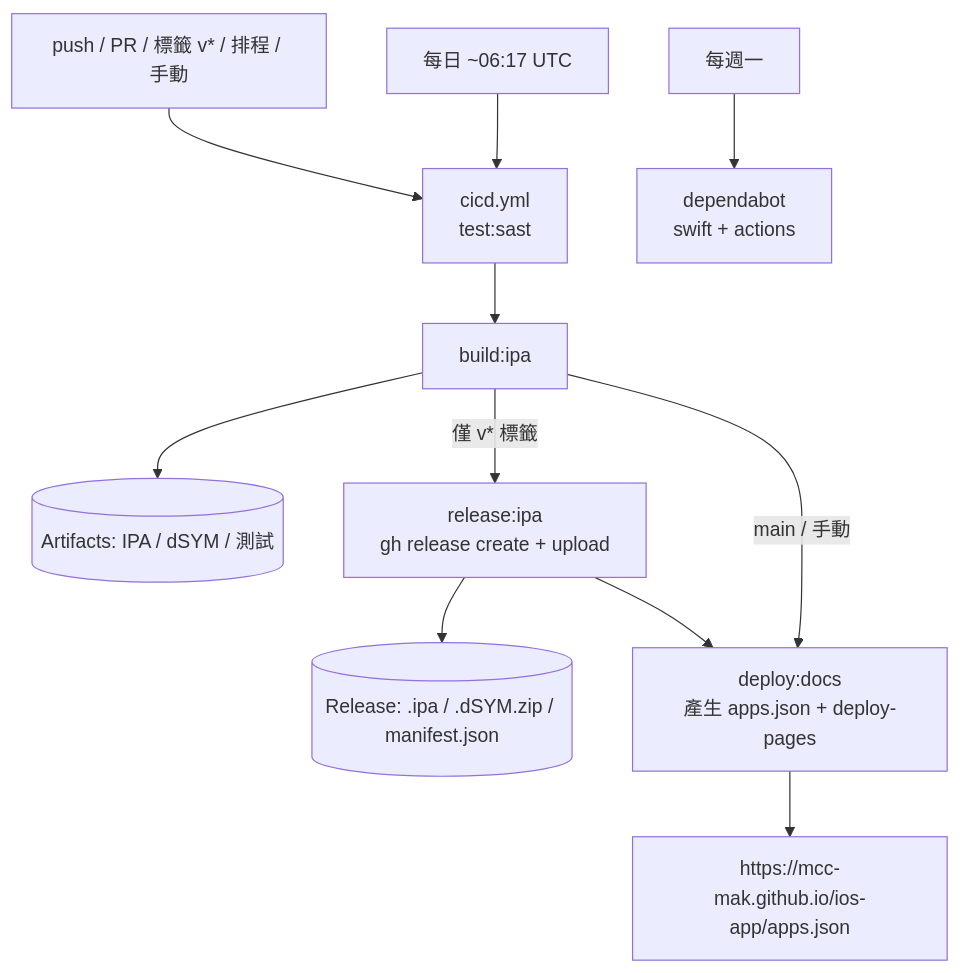
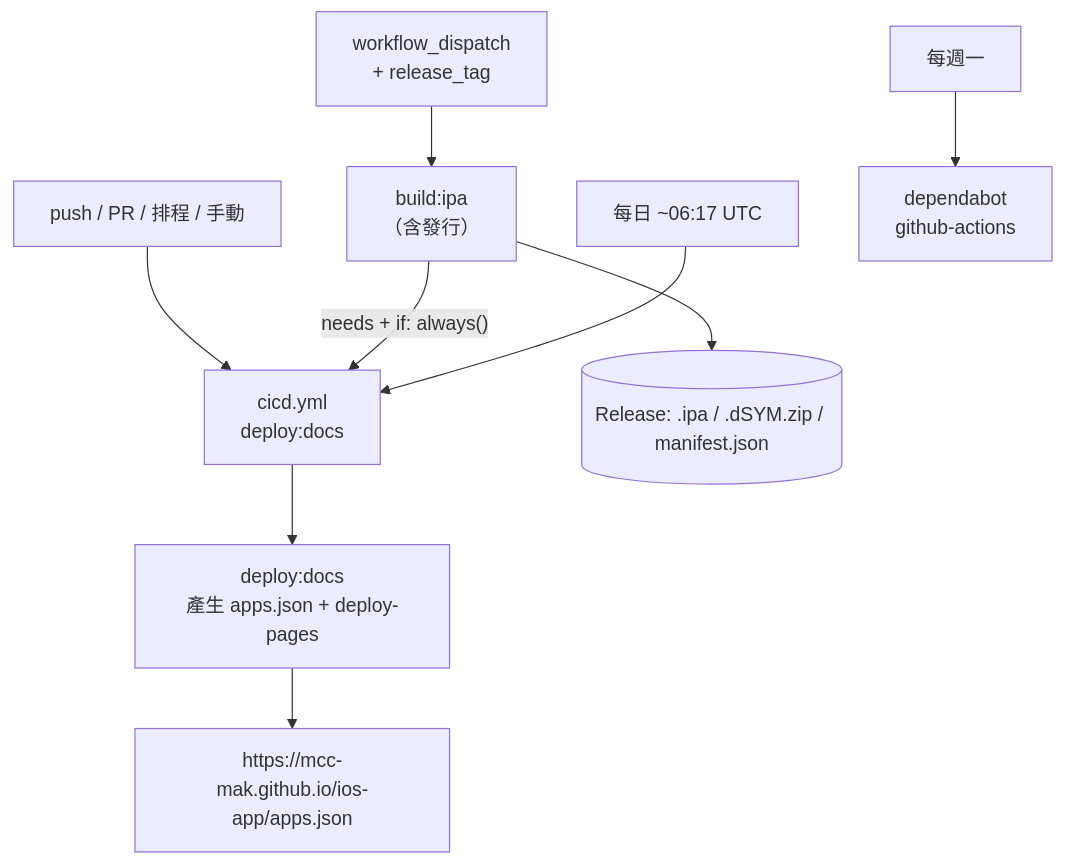
Before and after one commit to Mcc-Mak/ios-app: the first of 3 diagrams in docbase/architecture.md, drawn with Mermaid. The commit also changed other lines of this file and 37 other files, not shown here.

````diff
--- a/docbase/architecture.md
+++ b/docbase/architecture.md
@@ -7,13 +7,11 @@
 ```mermaid
 flowchart TD
-  A["push / PR / 標籤 v* / 排程 / 手動"] --> B["cicd.yml<br/>test:sast"]
-  B --> C["build:ipa"]
-  C --> D[("Artifacts: IPA / dSYM / 測試")]
-  C -->|"僅 v* 標籤"| E["release:ipa<br/>gh release create + upload"]
-  E --> F[("Release: .ipa / .dSYM.zip / manifest.json")]
-  E --> G["deploy:docs<br/>產生 apps.json + deploy-pages"]
-  C -->|"main / 手動"| G
+  A["push / PR / 排程 / 手動"] --> D["cicd.yml<br/>deploy:docs"]
+  M["workflow_dispatch<br/>+ release_tag"] --> C["build:ipa<br/>（含發行）"]
+  C --> F[("Release: .ipa / .dSYM.zip / manifest.json")]
+  C -->|"needs + if: always()"| D
+  D --> G["deploy:docs<br/>產生 apps.json + deploy-pages"]
   G --> H["https://mcc-mak.github.io/ios-app/apps.json"]
-  I["每日 ~06:17 UTC"] --> B
-  J["每週一"] --> K["dependabot<br/>swift + actions"]
+  I["每日 ~06:17 UTC"] --> D
+  J["每週一"] --> K["dependabot<br/>github-actions"]
 ```
````
